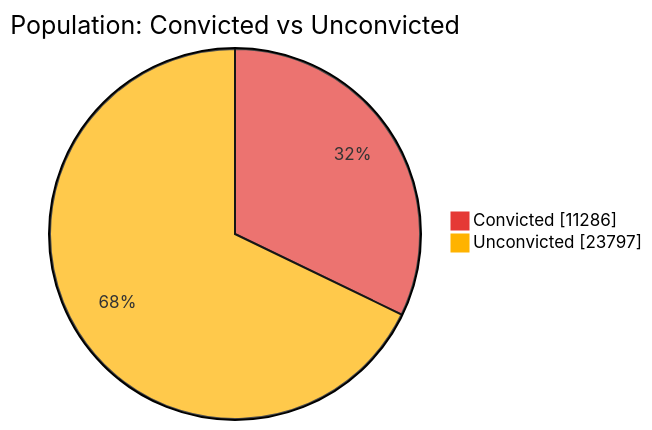
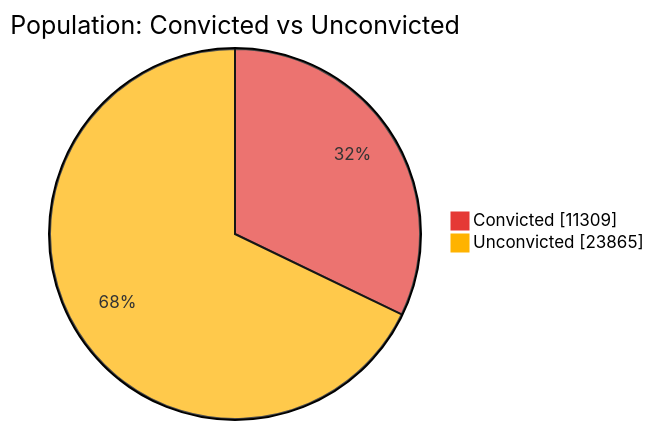
Before and after one commit to nuuuwan/lk_prisons: the first of 7 diagrams in README.md, drawn with Mermaid. The commit also changed other lines of this file and 1 other file, not shown here.

````diff
--- a/README.md
+++ b/README.md
@@ -43,6 +43,6 @@
 ```mermaid
 %%{init: {'themeVariables': {'pie1': '#E53935', 'pie2': '#FFB300'}}}%%
 pie showData title Population: Convicted vs Unconvicted
-    "Convicted" : 11286
-    "Unconvicted" : 23797
+    "Convicted" : 11309
+    "Unconvicted" : 23865
 ```
````
